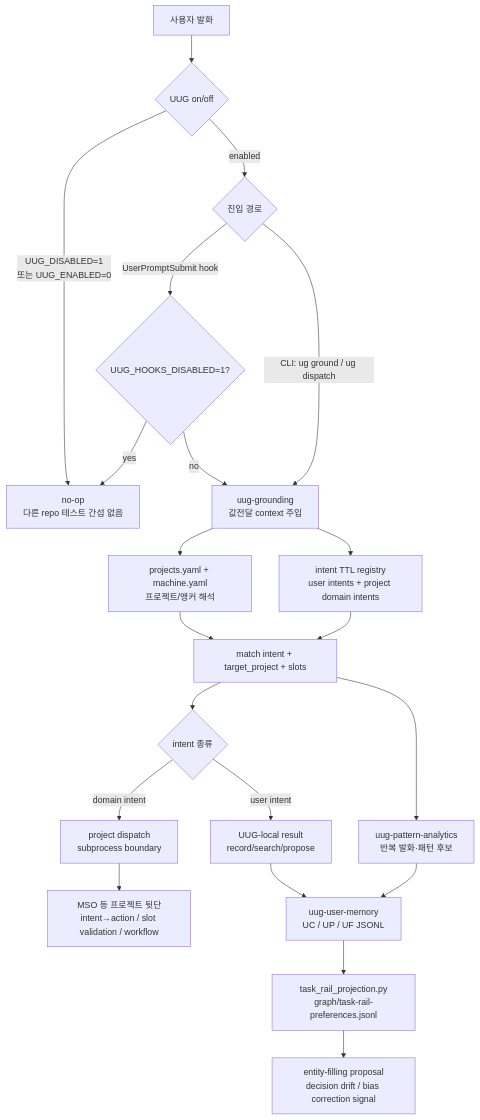
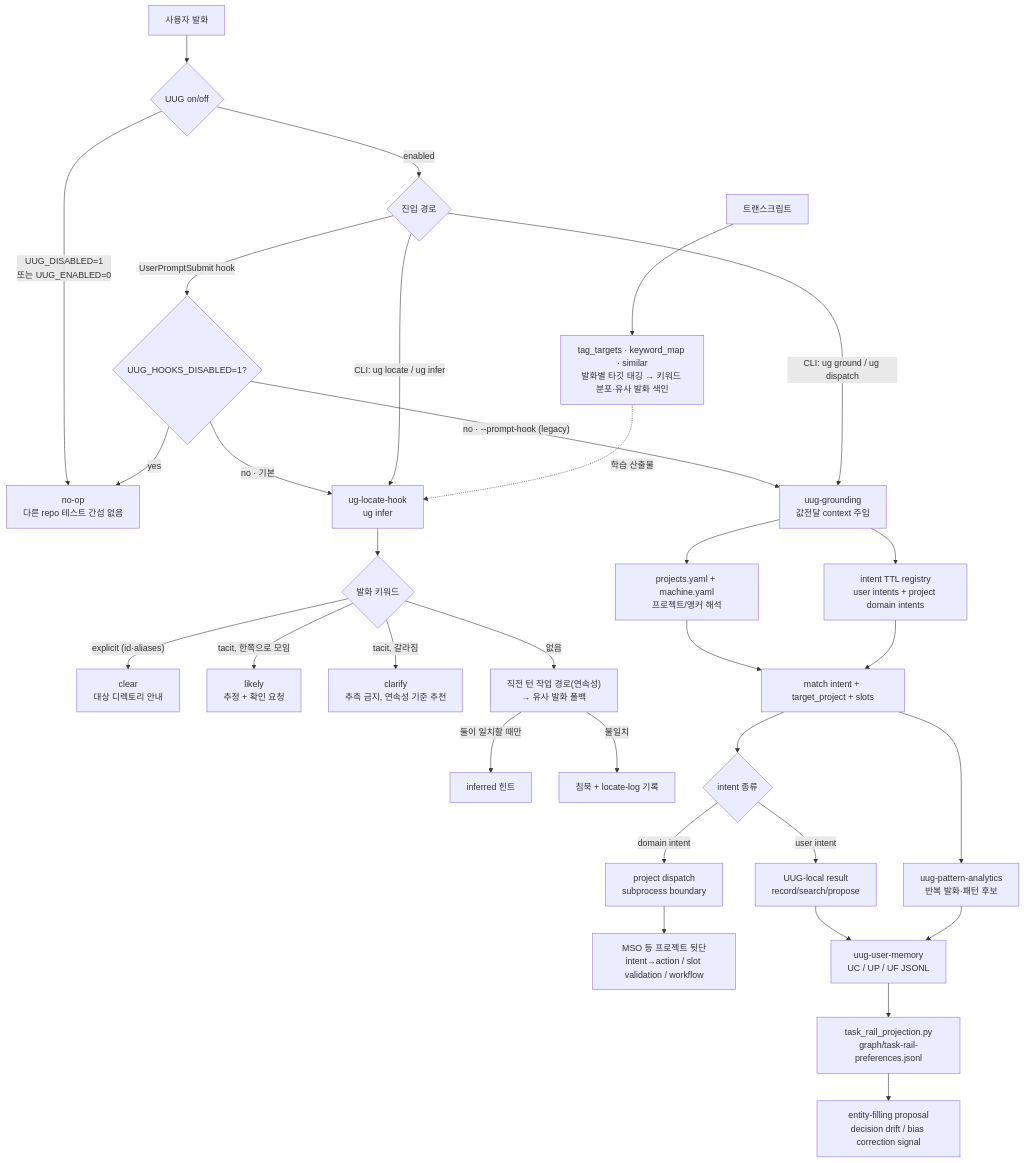
Before and after one commit to WMJOON/user-utterance-grounding: the diagram in README.md, drawn with Mermaid. The commit also changed other lines of this file and 5 other files, not shown here.

First line of the commit message:
release: v0.3.1 — ug-locate-hook 을 설치 기본값으로, 문서 정합성

````diff
--- a/README.md
+++ b/README.md
@@ -27,28 +27,40 @@
 ```mermaid
 flowchart TD
     A["사용자 발화"] --> B{"UUG on/off"}
     B -- "UUG_DISABLED=1<br/>또는 UUG_ENABLED=0" --> Z["no-op<br/>다른 repo 테스트 간섭 없음"]
     B -- "enabled" --> C{"진입 경로"}
 
     C -- "UserPromptSubmit hook" --> H{"UUG_HOOKS_DISABLED=1?"}
     H -- "yes" --> Z
-    H -- "no" --> G["uug-grounding<br/>값전달 context 주입"]
+    H -- "no · 기본" --> LH["ug-locate-hook<br/>ug infer"]
+    H -- "no · --prompt-hook (legacy)" --> G["uug-grounding<br/>값전달 context 주입"]
+
+    LH --> KW{"발화 키워드"}
+    KW -- "explicit (id·aliases)" --> CL["clear<br/>대상 디렉토리 안내"]
+    KW -- "tacit, 한쪽으로 모임" --> LK["likely<br/>추정 + 확인 요청"]
+    KW -- "tacit, 갈라짐" --> CF["clarify<br/>추측 금지, 연속성 기준 추천"]
+    KW -- "없음" --> CT["직전 턴 작업 경로(연속성)<br/>→ 유사 발화 폴백"]
+    CT -- "둘이 일치할 때만" --> IN["inferred 힌트"]
+    CT -- "불일치" --> SL["침묵 + locate-log 기록"]
 
     C -- "CLI: ug ground / ug dispatch" --> G
+    C -- "CLI: ug locate / ug infer" --> LH
 
     G --> R["projects.yaml + machine.yaml<br/>프로젝트/앵커 해석"]
     G --> I["intent TTL registry<br/>user intents + project domain intents"]
     R --> M["match intent + target_project + slots"]
     I --> M
 
     M --> D{"intent 종류"}
     D -- "user intent" --> U["UUG-local result<br/>record/search/propose"]
     D -- "domain intent" --> P["project dispatch<br/>subprocess boundary"]
     P --> MSO["MSO 등 프로젝트 뒷단<br/>intent→action / slot validation / workflow"]
 
     U --> MEM["uug-user-memory<br/>UC / UP / UF JSONL"]
     M --> ANA["uug-pattern-analytics<br/>반복 발화·패턴 후보"]
+    TT["트랜스크립트"] --> TAG["tag_targets · keyword_map · similar<br/>발화별 타깃 태깅 → 키워드 분포·유사 발화 색인"]
+    TAG -. "학습 산출물" .-> LH
     ANA --> MEM
     MEM --> TR["task_rail_projection.py<br/>graph/task-rail-preferences.jsonl"]
     TR --> PR["entity-filling proposal<br/>decision drift / bias correction signal"]
 ```
````
